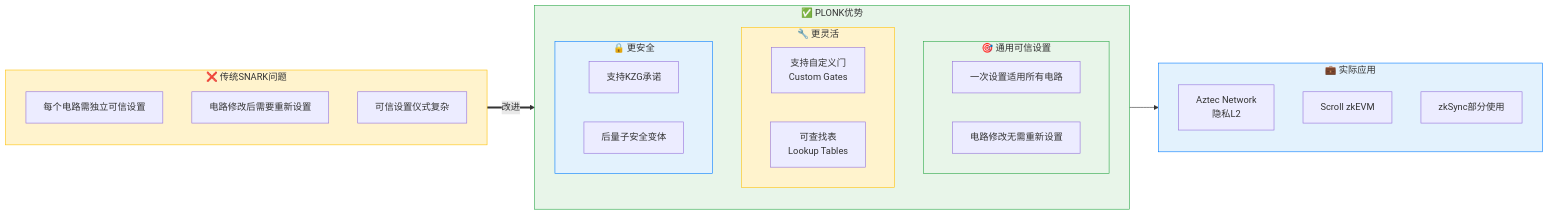
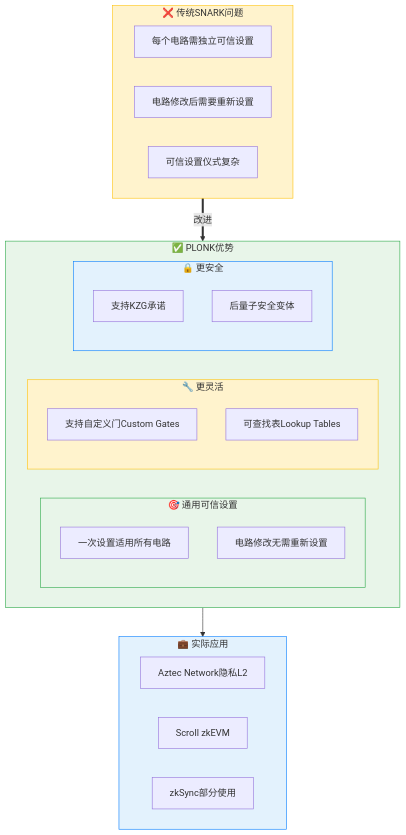
Before and after one commit to web3-wallet-org/web3-wallet-notes: the fifth of 9 diagrams in docs/《精通以太坊》/第17章-零知识证明.md, drawn with Mermaid. The commit also changed other lines of this file and 5 other files, not shown here.

````diff
--- a/docs/《精通以太坊》/第17章-零知识证明.md
+++ b/docs/《精通以太坊》/第17章-零知识证明.md
@@ -331,45 +284,56 @@
 ```mermaid
-graph LR
+graph TB
+    Problem1["每个电路需独立可信设置"]
+    Problem2["电路修改后需要重新设置"]
+    Problem3["可信设置仪式复杂"]
+    
+    US1["一次设置适用所有电路"]
+    US2["电路修改无需重新设置"]
+    
+    F1["支持自定义门Custom Gates"]
+    F2["可查找表Lookup Tables"]
+    
+    SEC1["支持KZG承诺"]
+    SEC2["后量子安全变体"]
+    
+    A1["Aztec Network隐私L2"]
+    A2["Scroll zkEVM"]
+    A3["zkSync部分使用"]
+    
     subgraph Problem["❌ 传统SNARK问题"]
-        direction TB
-        P1["每个电路需独立可信设置"]
-        P2["电路修改后需要重新设置"]
-        P3["可信设置仪式复杂"]
+        Problem1
+        Problem2
+        Problem3
     end
     
     subgraph Solution["✅ PLONK优势"]
-        direction TB
-        
         subgraph UniversalSetup["🎯 通用可信设置"]
-            US1["一次设置适用所有电路"]
-            US2["电路修改无需重新设置"]
+            US1
+            US2
         end
-        
         subgraph Flexibility["🔧 更灵活"]
-            F1["支持自定义门<br/>Custom Gates"]
-            F2["可查找表<br/>Lookup Tables"]
+            F1
+            F2
         end
-        
         subgraph Security["🔒 更安全"]
-            SEC1["支持KZG承诺"]
-            SEC2["后量子安全变体"]
+            SEC1
+            SEC2
         end
     end
     
     subgraph Applications["💼 实际应用"]
-        direction TB
-        A1["Aztec Network<br/>隐私L2"]
-        A2["Scroll zkEVM"]
-        A3["zkSync部分使用"]
+        A1
+        A2
+        A3
     end
     
     Problem ==>|改进| Solution
     Solution --> Applications
     
     style Problem fill:#fff3cd,stroke:#ffc107,color:#333
     style Solution fill:#e8f5e9,stroke:#28a745,color:#333
     style UniversalSetup fill:#e8f5e9,stroke:#28a745,color:#333
     style Flexibility fill:#fff3cd,stroke:#ffc107,color:#333
     style Security fill:#e3f2fd,stroke:#007bff,color:#333
     style Applications fill:#e3f2fd,stroke:#007bff,color:#333
 ```
````
